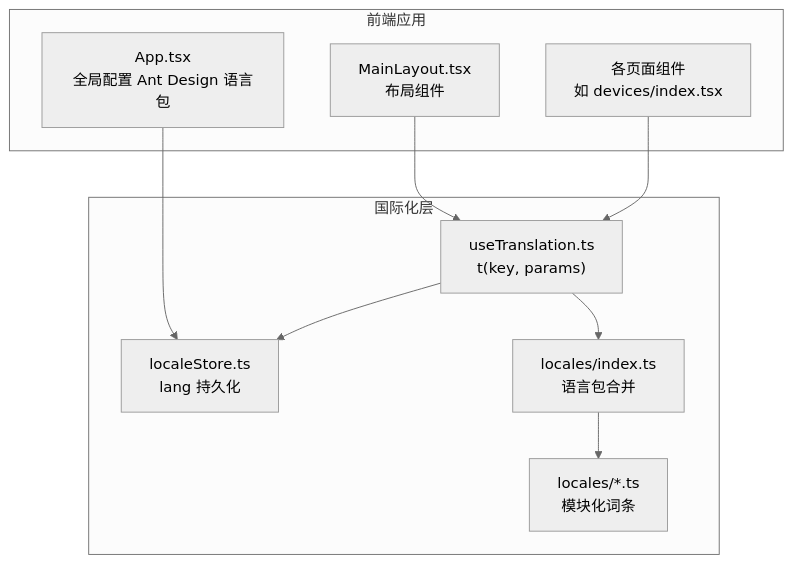
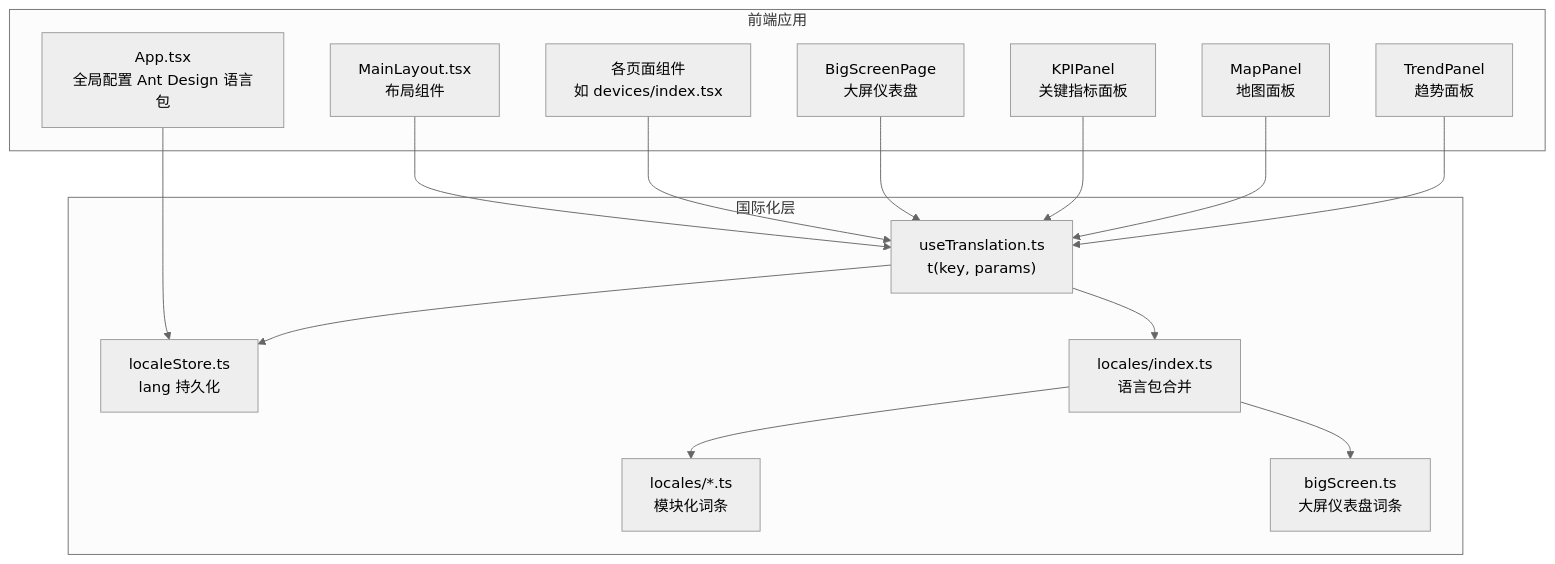
The first of 6 diagrams in .qoder/repowiki/zh/content/管理后台前端/国际化系统.md (mcmrzy/cs_inv_monitor-develop), drawn with Mermaid (neutral theme) before and after one commit. The commit also changed other lines of this file and 28 other files, not shown here.

````diff
--- a/.qoder/repowiki/zh/content/管理后台前端/国际化系统.md
+++ b/.qoder/repowiki/zh/content/管理后台前端/国际化系统.md
@@ -40,20 +55,30 @@
 ```mermaid
 graph TB
 subgraph "前端应用"
 A["App.tsx<br/>全局配置 Ant Design 语言包"]
 B["MainLayout.tsx<br/>布局组件"]
 C["各页面组件<br/>如 devices/index.tsx"]
+D["BigScreenPage<br/>大屏仪表盘"]
+E["KPIPanel<br/>关键指标面板"]
+F["MapPanel<br/>地图面板"]
+G["TrendPanel<br/>趋势面板"]
 end
 subgraph "国际化层"
-D["useTranslation.ts<br/>t(key, params)"]
-E["localeStore.ts<br/>lang 持久化"]
-F["locales/index.ts<br/>语言包合并"]
-G["locales/*.ts<br/>模块化词条"]
+H["useTranslation.ts<br/>t(key, params)"]
+I["localeStore.ts<br/>lang 持久化"]
+J["locales/index.ts<br/>语言包合并"]
+K["locales/*.ts<br/>模块化词条"]
+L["bigScreen.ts<br/>大屏仪表盘词条"]
 end
-A --> E
-B --> D
-C --> D
-D --> E
-D --> F
-F --> G
+A --> I
+B --> H
+C --> H
+D --> H
+E --> H
+F --> H
+G --> H
+H --> I
+H --> J
+J --> K
+J --> L
 ```
````
